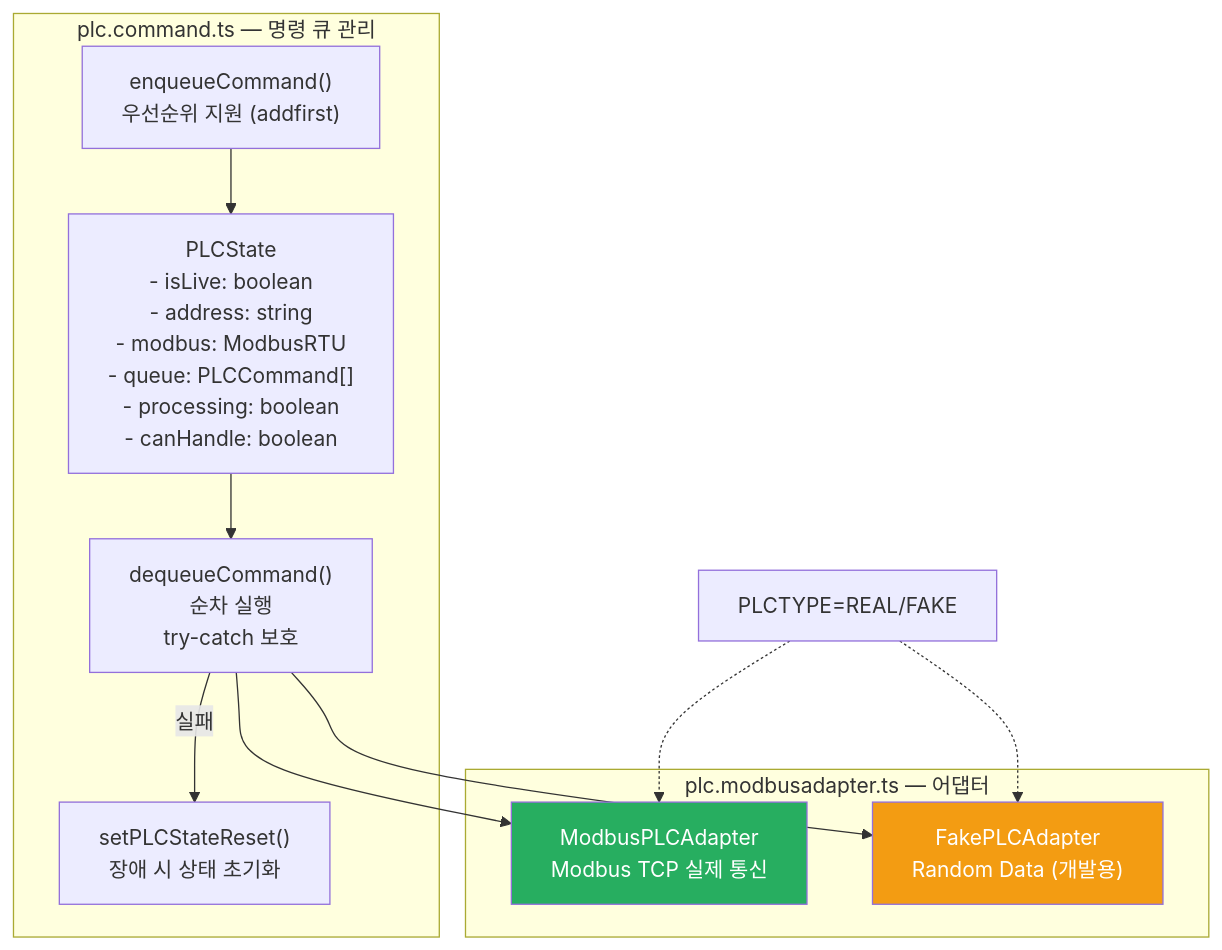
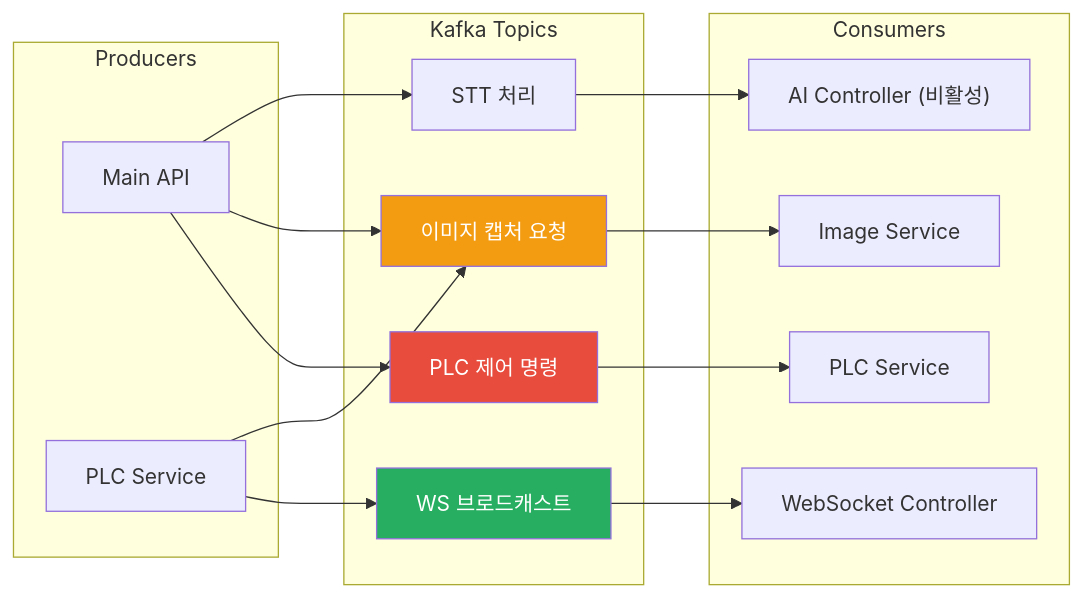
Before and after one commit to 1985jwlee/production-iot-backend: the tenth of 16 diagrams in docs/ARCHITECTURE.md, drawn with Mermaid. The commit also changed other lines of this file and 11 other files, not shown here.

````diff
--- a/docs/ARCHITECTURE.md
+++ b/docs/ARCHITECTURE.md
@@ -300,22 +446,32 @@
 ```mermaid
-graph TB
-    subgraph Command["plc.command.ts — 명령 큐 관리"]
-        STATE["PLCState\n- isLive: boolean\n- address: string\n- modbus: ModbusRTU\n- queue: PLCCommand[]\n- processing: boolean\n- canHandle: boolean"]
-        ENQ["enqueueCommand()\n우선순위 지원 (addfirst)"]
-        DEQ["dequeueCommand()\n순차 실행\ntry-catch 보호"]
-        RESET["setPLCStateReset()\n장애 시 상태 초기화"]
+graph LR
+    subgraph Producers["Producers"]
+        MAIN["Main API"]
+        PLC["PLC Service"]
     end
 
-    subgraph Adapter["plc.modbusadapter.ts — 어댑터"]
-        REAL["ModbusPLCAdapter\nModbus TCP 실제 통신"]
-        FAKE["FakePLCAdapter\nRandom Data (개발용)"]
+    subgraph Topics["Kafka Topics"]
+        T1["PLC 제어 명령"]
+        T2["WS 브로드캐스트"]
+        T3["이미지 캡처 요청"]
+        T4["STT 처리"]
     end
 
-    ENV["PLCTYPE=REAL/FAKE"] -.-> REAL
-    ENV -.-> FAKE
-    ENQ --> STATE --> DEQ --> REAL & FAKE
-    DEQ -->|"실패"| RESET
+    subgraph Consumers["Consumers"]
+        PLC_C["PLC Service"]
+        WS_C["WebSocket Controller"]
+        IMG_C["Image Service"]
+        AI_C["AI Controller (비활성)"]
+    end
 
-    style REAL fill:#27ae60,color:#fff
-    style FAKE fill:#f39c12,color:#fff
+    MAIN --> T1 & T3 & T4
+    PLC --> T2 & T3
+    T1 --> PLC_C
+    T2 --> WS_C
+    T3 --> IMG_C
+    T4 --> AI_C
+
+    style T1 fill:#e74c3c,color:#fff
+    style T2 fill:#27ae60,color:#fff
+    style T3 fill:#f39c12,color:#fff
 ```
````
